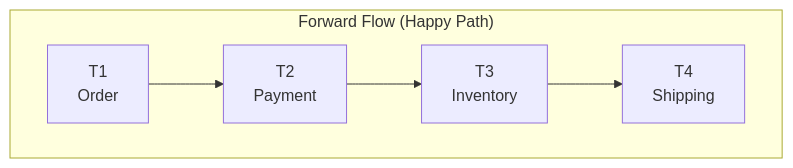
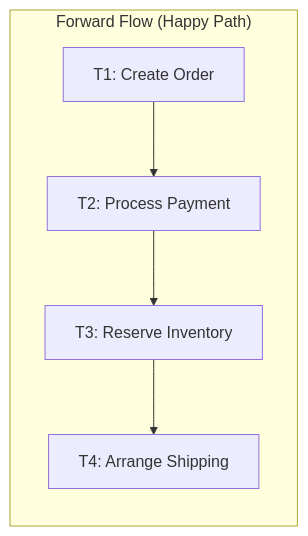
One commit to calmrocks/system-design-dive-deep changed the fourth of 8 diagrams in SystemDesign/SystemDesign/Sessions/Distributed Transactions/Distributed Transactions.md. Above: the diagram before and after it, drawn with Mermaid. The commit also changed other lines of this file, not shown here.

````diff
--- a/SystemDesign/SystemDesign/Sessions/Distributed Transactions/Distributed Transactions.md
+++ b/SystemDesign/SystemDesign/Sessions/Distributed Transactions/Distributed Transactions.md
@@ -221,9 +243,8 @@
-```mermaid
+~~~mermaid
 flowchart LR
-    subgraph Forward["Forward Flow (Happy Path)"]
-        direction LR
-        T1["T1<br/>Order"] --> T2["T2<br/>Payment"]
-        T2 --> T3["T3<br/>Inventory"]
-        T3 --> T4["T4<br/>Shipping"]
+    subgraph forward["Forward Flow (Happy Path)"]
+        T1["T1: Create Order"] --> T2["T2: Process Payment"]
+        T2 --> T3["T3: Reserve Inventory"]
+        T3 --> T4["T4: Arrange Shipping"]
     end
-```
+~~~
````
